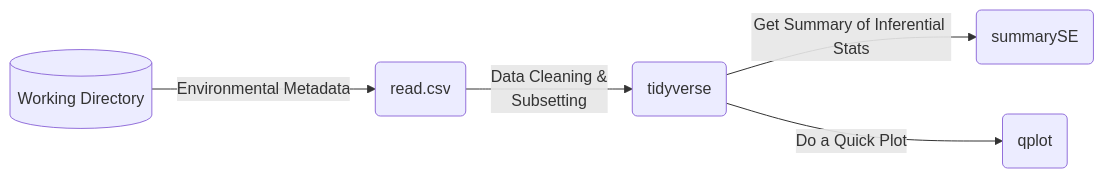
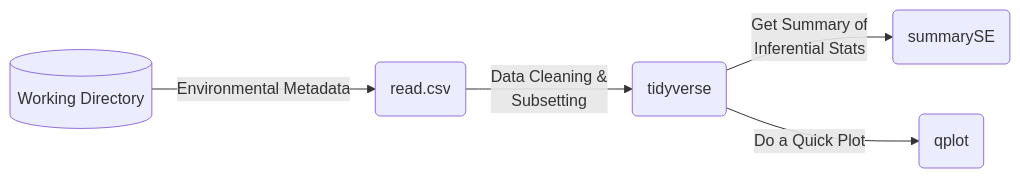
One commit to aptejada/Mermaid-Markdown-Practice-File changed the second of 2 diagrams in README.md. Above: the diagram before and after it, drawn with Mermaid.

````diff
--- a/README.md
+++ b/README.md
@@ -26,8 +26,8 @@
 ```mermaid
 flowchart LR
 id1[(Working Directory)] --> |Environmental Metadata| B(read.csv)
 B --> |Data Cleaning &</br>Subsetting| C(tidyverse)
-C --> |Get Summary of Inferential Stats| D(summarySE)
+C --> |Get Summary of </br>Inferential Stats| D(summarySE)
 C--> |Do a Quick Plot| E(qplot)
 
 ```
````
